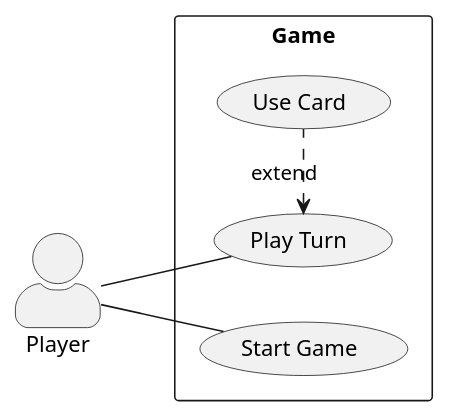
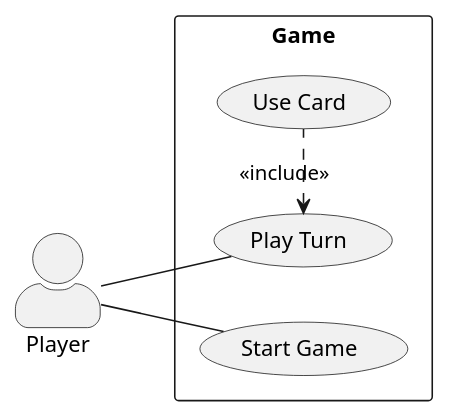
The diagram in Projeto FInal/UML/Use Case Diagram.puml (ciceroed/POO), drawn with PlantUML before and after one commit. The commit also changed 6 other files, not shown here.

```diff
--- a/Projeto FInal/UML/Use Case Diagram.puml
+++ b/Projeto FInal/UML/Use Case Diagram.puml
@@ -1,21 +1,21 @@
 @startuml usecase-diagram
 
 skinparam actorStyle awesome
 left to right direction
 
 actor Player
 
 ' Sistema
 rectangle Game {
     ' Casos de uso
     usecase "Start Game" as UC1
     usecase "Play Turn" as UC2
     usecase "Use Card" as UC3
 }
 
 ' Relacionamentos
 :Player: -- (UC1)
 :Player: -- (UC2)
-(UC2) <. (UC3) : extend
+(UC2) <. (UC3) : <<include>>
 
 @enduml
```
